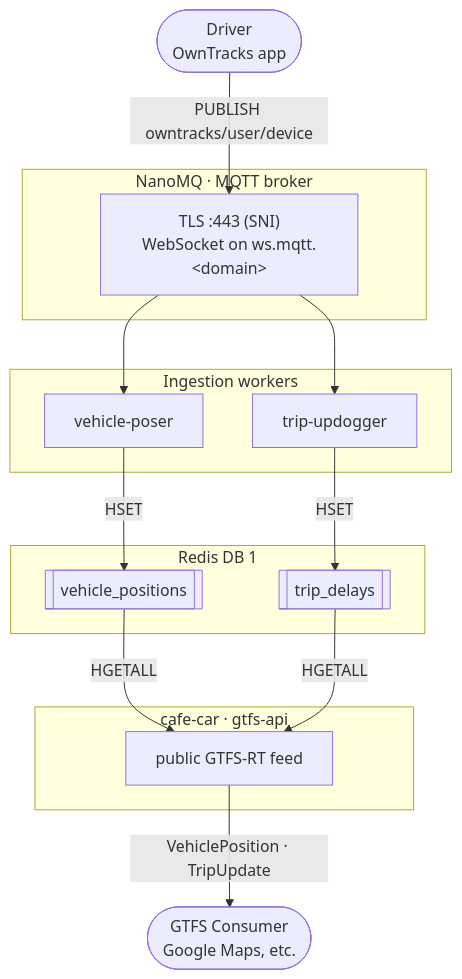
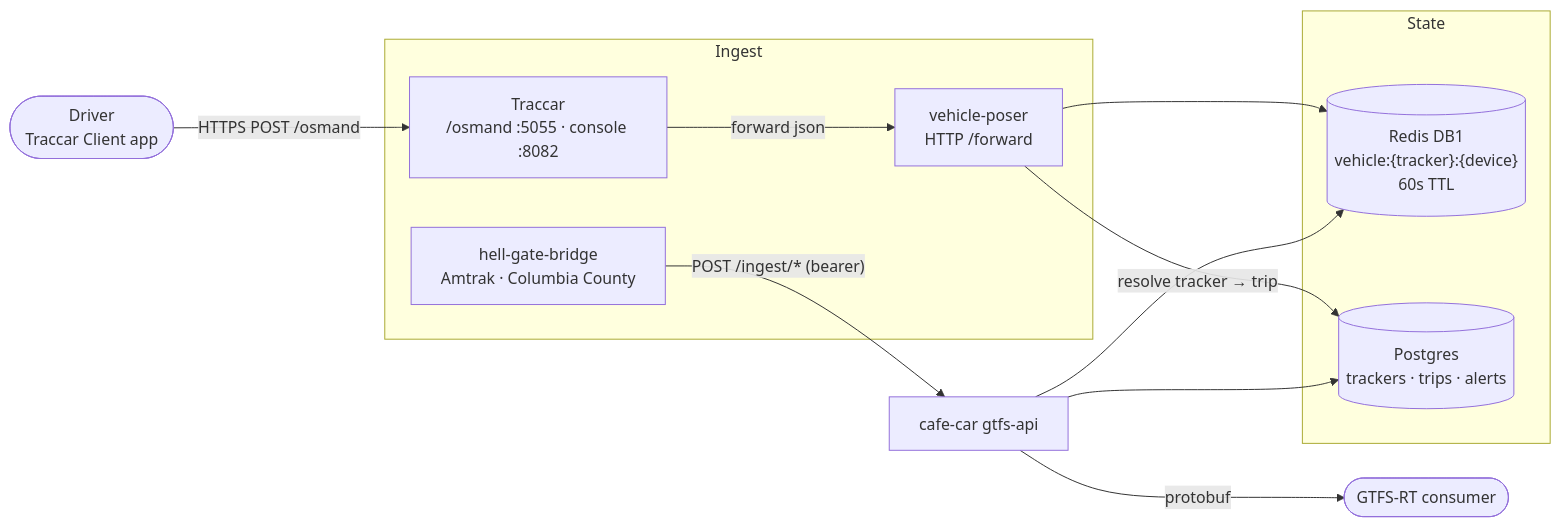
One commit to gtfs-zone/deploy-gtfs-rt changed the sixth of 7 diagrams in README.md. Above: the diagram before and after it, drawn with Mermaid. The commit also changed other lines of this file and 39 other files, not shown here.

````diff
--- a/README.md
+++ b/README.md
@@ -336,31 +347,27 @@
 ```mermaid
-flowchart TD
-    driver(["Driver<br>OwnTracks app"])
+flowchart LR
+    driver(["Driver<br>Traccar Client app"])
 
-    subgraph mqtt["NanoMQ · MQTT broker"]
-        nanomq["TLS :443 (SNI)<br>WebSocket on ws.mqtt.&ltdomain&gt"]
+    subgraph ingest["Ingest"]
+        traccar["Traccar<br>/osmand :5055 · console :8082"]
+        vp["vehicle-poser<br>HTTP /forward"]
+        hgb["hell-gate-bridge<br>Amtrak · Columbia County"]
     end
 
-    subgraph ingestion["Ingestion workers"]
-        vp["vehicle-poser"]
-        tu["trip-updogger"]
+    subgraph store["State"]
+        redis[("Redis DB1<br>vehicle:{tracker}:{device}<br>60s TTL")]
+        pg[("Postgres<br>trackers · trips · alerts")]
     end
 
-    subgraph store["Redis DB 1"]
-        positions[["vehicle_positions"]]
-        delays[["trip_delays"]]
-    end
+    api["cafe-car gtfs-api"]
+    consumer(["GTFS-RT consumer"])
 
-    subgraph api["cafe-car · gtfs-api"]
-        cafe_pub["public GTFS-RT feed"]
-    end
-
-    consumer(["GTFS Consumer<br>Google Maps, etc."])
-
-    driver -->|"PUBLISH owntracks/user/device"| nanomq
-    nanomq --> vp & tu
-    vp -->|"HSET"| positions
-    tu -->|"HSET"| delays
-    positions & delays -->|"HGETALL"| cafe_pub
-    cafe_pub -->|"VehiclePosition · TripUpdate"| consumer
+    driver -->|"HTTPS POST /osmand"| traccar
+    traccar -->|"forward json"| vp
+    vp -->|"resolve tracker → trip"| pg
+    vp --> redis
+    hgb -->|"POST /ingest/* (bearer)"| api
+    api --> redis
+    api --> pg
+    api -->|"protobuf"| consumer
 ```
````
